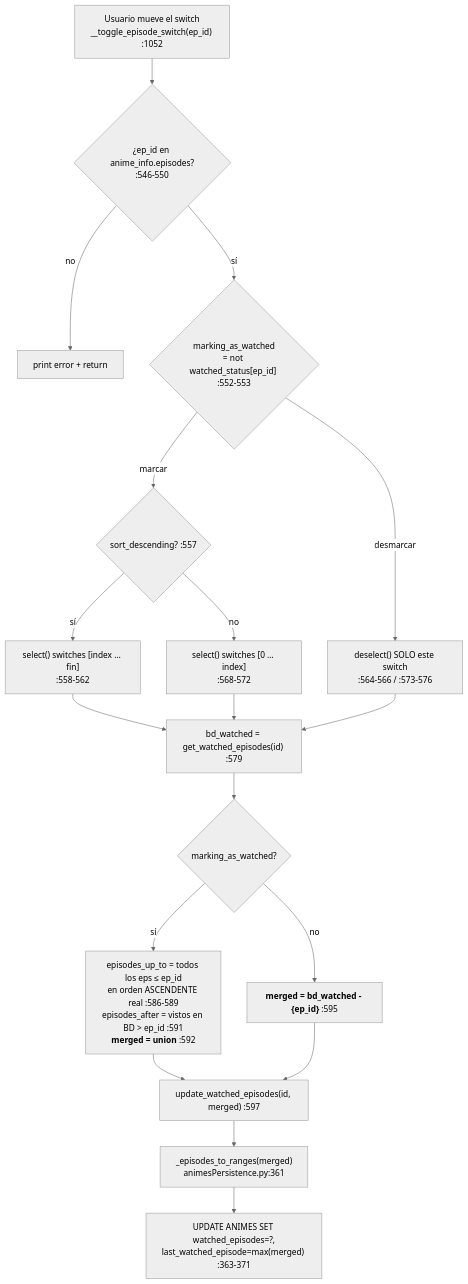
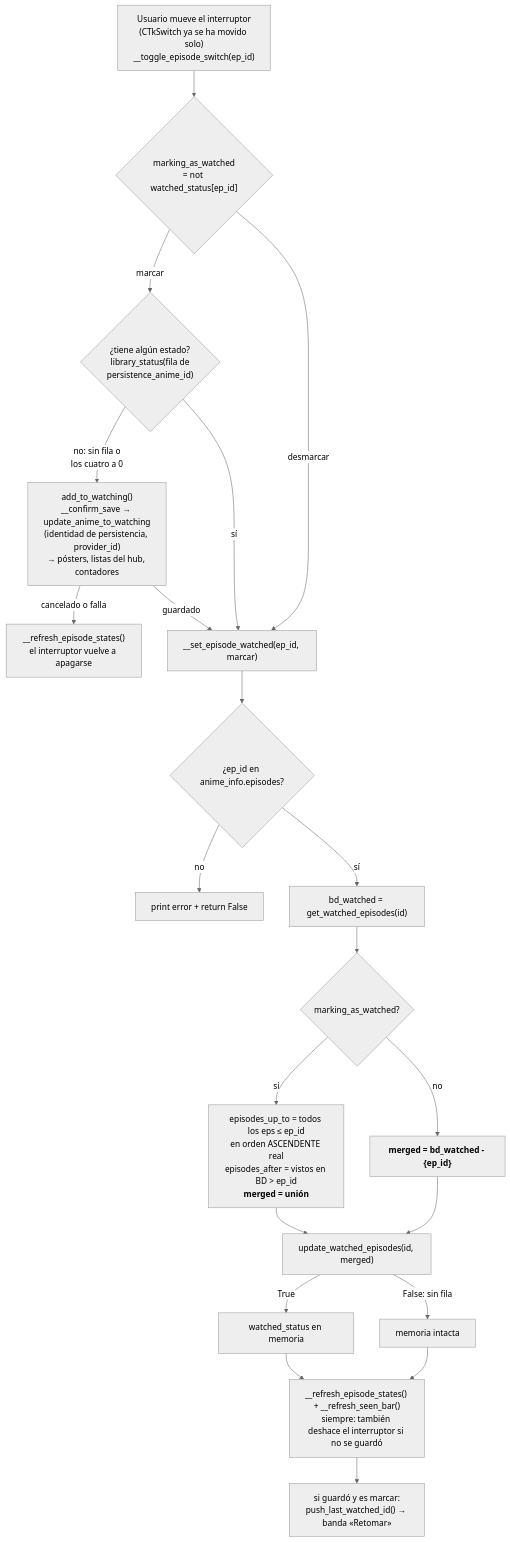
The sixth of 20 diagrams in .claude/docs/03-flujos-de-ejecucion.md (DavidEscri/BibliotecaAnime), drawn with Mermaid (neutral theme) before and after one commit. The commit also changed other lines of this file and 7 other files, not shown here.

First line of the commit message:
Ficha — Marcar un episodio de un anime sin estado lo pone en «Viendo»

````diff
--- a/.claude/docs/03-flujos-de-ejecucion.md
+++ b/.claude/docs/03-flujos-de-ejecucion.md
@@ -296,25 +297,24 @@
 ```mermaid
 flowchart TD
-    A["Usuario mueve el switch<br/>__toggle_episode_switch(ep_id) :1052"] --> B{"¿ep_id en anime_info.episodes?<br/>:546-550"}
-    B -->|no| B2["print error + return"]
-    B -->|sí| C{"marking_as_watched<br/>= not watched_status[ep_id] :552-553"}
+    A["Usuario mueve el interruptor<br/>(CTkSwitch ya se ha movido solo)<br/>__toggle_episode_switch(ep_id)"] --> C{"marking_as_watched<br/>= not watched_status[ep_id]"}
+    C -->|marcar| R{"¿tiene algún estado?<br/>library_status(fila de<br/>persistence_anime_id)"}
+    R -->|"no: sin fila o<br/>los cuatro a 0"| W["add_to_watching()<br/>__confirm_save → update_anime_to_watching<br/>(identidad de persistencia, provider_id)<br/>→ pósters, listas del hub, contadores"]
+    W -->|cancelado o falla| X["__refresh_episode_states()<br/>el interruptor vuelve a apagarse"]
+    W -->|guardado| S
+    R -->|sí| S
+    C -->|desmarcar| S["__set_episode_watched(ep_id, marcar)"]
 
-    C -->|marcar| D{"sort_descending? :557"}
-    D -->|sí| D1["select() switches [index … fin]<br/>:558-562"]
-    D -->|no| D2["select() switches [0 … index]<br/>:568-572"]
-
-    C -->|desmarcar| E["deselect() SOLO este switch<br/>:564-566 / :573-576"]
-
-    D1 --> F["bd_watched = get_watched_episodes(id) :579"]
-    D2 --> F
-    E --> F
-
+    S --> B{"¿ep_id en anime_info.episodes?"}
+    B -->|no| B2["print error + return False"]
+    B -->|sí| F["bd_watched = get_watched_episodes(id)"]
     F --> G{"marking_as_watched?"}
-    G -->|sí| H["episodes_up_to = todos los eps ≤ ep_id<br/>en orden ASCENDENTE real :586-589<br/>episodes_after = vistos en BD > ep_id :591<br/><b>merged = union</b> :592"]
-    G -->|no| I["<b>merged = bd_watched - {ep_id}</b> :595"]
-
-    H --> J["update_watched_episodes(id, merged) :597"]
+    G -->|sí| H["episodes_up_to = todos los eps ≤ ep_id<br/>en orden ASCENDENTE real<br/>episodes_after = vistos en BD > ep_id<br/><b>merged = unión</b>"]
+    G -->|no| I["<b>merged = bd_watched - {ep_id}</b>"]
+    H --> J["update_watched_episodes(id, merged)"]
     I --> J
-    J --> K["_episodes_to_ranges(merged)<br/>animesPersistence.py:361"]
-    K --> L["UPDATE ANIMES SET watched_episodes=?,<br/>last_watched_episode=max(merged) :363-371"]
+    J -->|True| M["watched_status en memoria"]
+    J -->|False: sin fila| N["memoria intacta"]
+    M --> P["__refresh_episode_states() + __refresh_seen_bar()<br/>siempre: también deshace el interruptor si no se guardó"]
+    N --> P
+    P --> Q["si guardó y es marcar:<br/>push_last_watched_id() → banda «Retomar»"]
 ```
````
